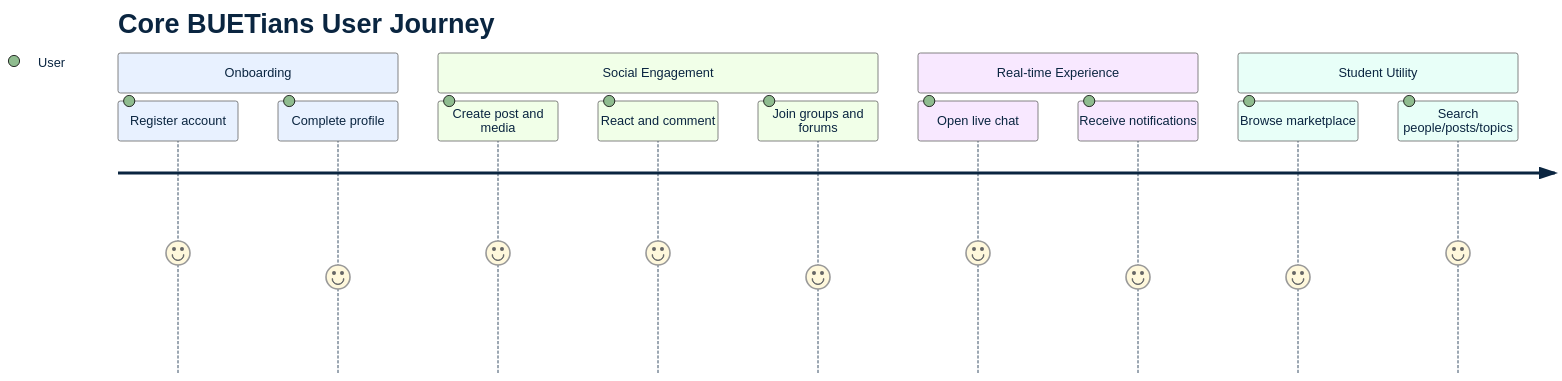
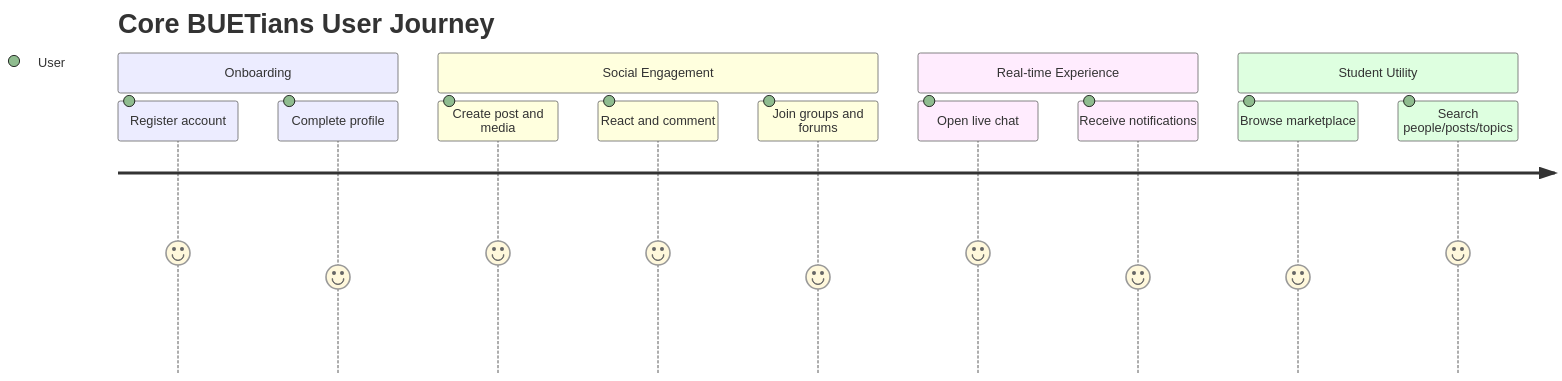
The third of 3 diagrams in README.md (asef69/Core-BUETian--Your-BUETian-Social-Media-App), drawn with Mermaid before and after one commit. The commit also changed other lines of this file, not shown here.

````diff
--- a/README.md
+++ b/README.md
@@ -94,18 +92,17 @@
 ```mermaid
-%%{init: {'theme':'base','themeVariables': { 'fontFamily': 'Segoe UI', 'primaryColor': '#E8F1FF', 'primaryTextColor': '#0A2540', 'primaryBorderColor': '#2D6CDF' }}}%%
 journey
     title Core BUETians User Journey
     section Onboarding
       Register account: 5: User
       Complete profile: 4: User
     section Social Engagement
       Create post and media: 5: User
       React and comment: 5: User
       Join groups and forums: 4: User
     section Real-time Experience
       Open live chat: 5: User
       Receive notifications: 4: User
     section Student Utility
       Browse marketplace: 4: User
       Search people/posts/topics: 5: User
 ```
````
